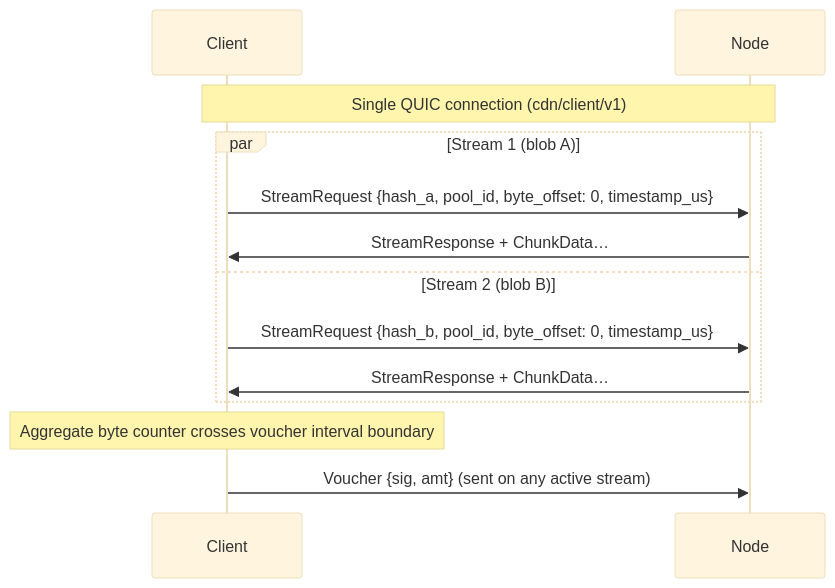
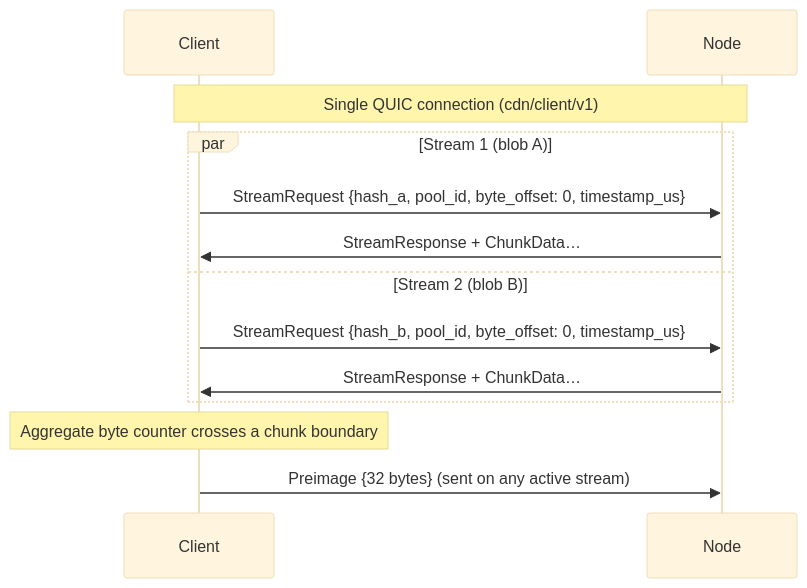
Before and after one commit to decdn/decdn: the third of 3 diagrams in adr/005-protocol.md, drawn with Mermaid (base theme). The commit also changed other lines of this file and 16 other files, not shown here.

````diff
--- a/adr/005-protocol.md
+++ b/adr/005-protocol.md
@@ -226,18 +230,18 @@
 ```mermaid
 sequenceDiagram
     participant C as Client
     participant N as Node
 
     Note over C,N: Single QUIC connection (cdn/client/v1)
 
     par Stream 1 (blob A)
         C->>N: StreamRequest {hash_a, pool_id, byte_offset: 0, timestamp_us}
         N->>C: StreamResponse + ChunkData…
     and Stream 2 (blob B)
         C->>N: StreamRequest {hash_b, pool_id, byte_offset: 0, timestamp_us}
         N->>C: StreamResponse + ChunkData…
     end
 
-    Note over C: Aggregate byte counter crosses voucher interval boundary
-    C->>N: Voucher {sig, amt} (sent on any active stream)
+    Note over C: Aggregate byte counter crosses a chunk boundary
+    C->>N: Preimage {32 bytes} (sent on any active stream)
 ```
````
